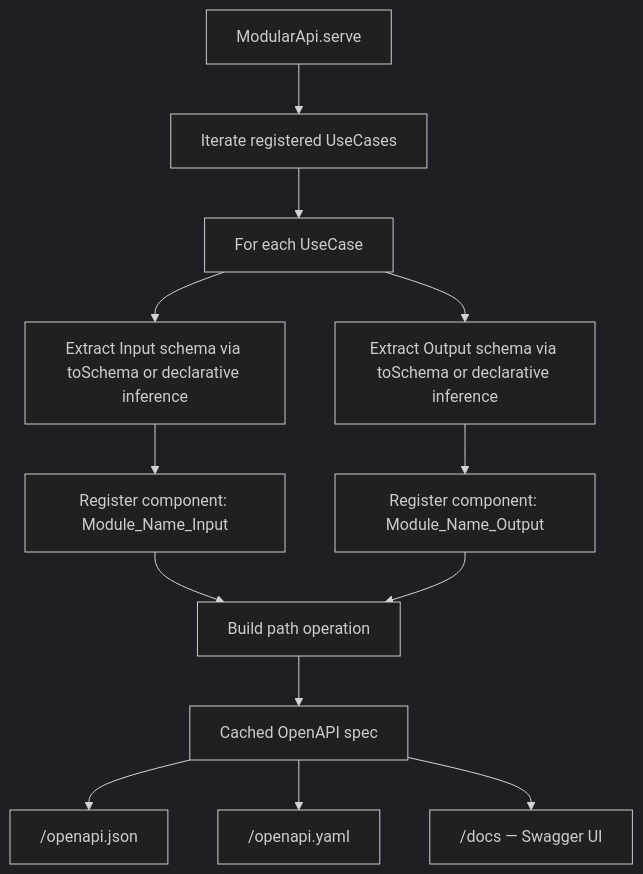
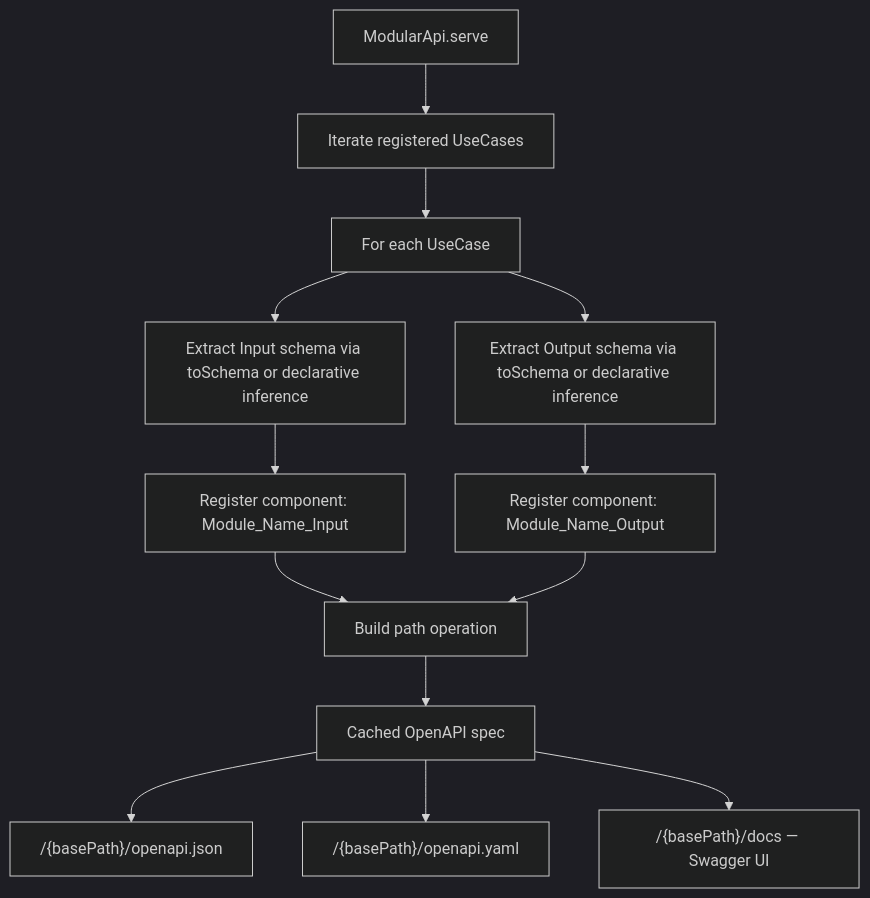
One commit to ccisnedev/modular_api changed the fourth of 6 diagrams in docs/architecture.md. Above: the diagram before and after it, drawn with Mermaid (dark theme). The commit also changed other lines of this file and 15 other files, not shown here.

````diff
--- a/docs/architecture.md
+++ b/docs/architecture.md
@@ -585,15 +627,15 @@
 ```mermaid
 flowchart TD
     A[ModularApi.serve] --> B[Iterate registered UseCases]
     B --> C[For each UseCase]
     C --> D[Extract Input schema via toSchema or declarative inference]
     C --> E[Extract Output schema via toSchema or declarative inference]
     D --> F[Register component: Module_Name_Input]
     E --> G[Register component: Module_Name_Output]
     F --> H[Build path operation]
     G --> H
     H --> I[Cached OpenAPI spec]
-    I --> J["/openapi.json"]
-    I --> K["/openapi.yaml"]
-    I --> L["/docs — Swagger UI"]
+    I --> J["/{basePath}/openapi.json"]
+    I --> K["/{basePath}/openapi.yaml"]
+    I --> L["/{basePath}/docs — Swagger UI"]
 ```
````
